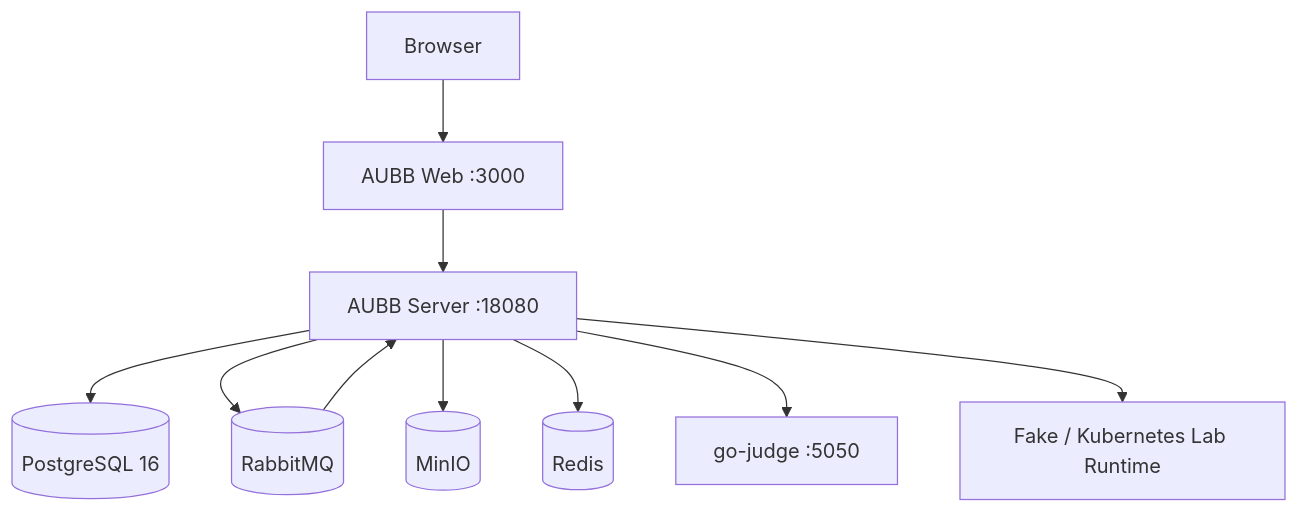
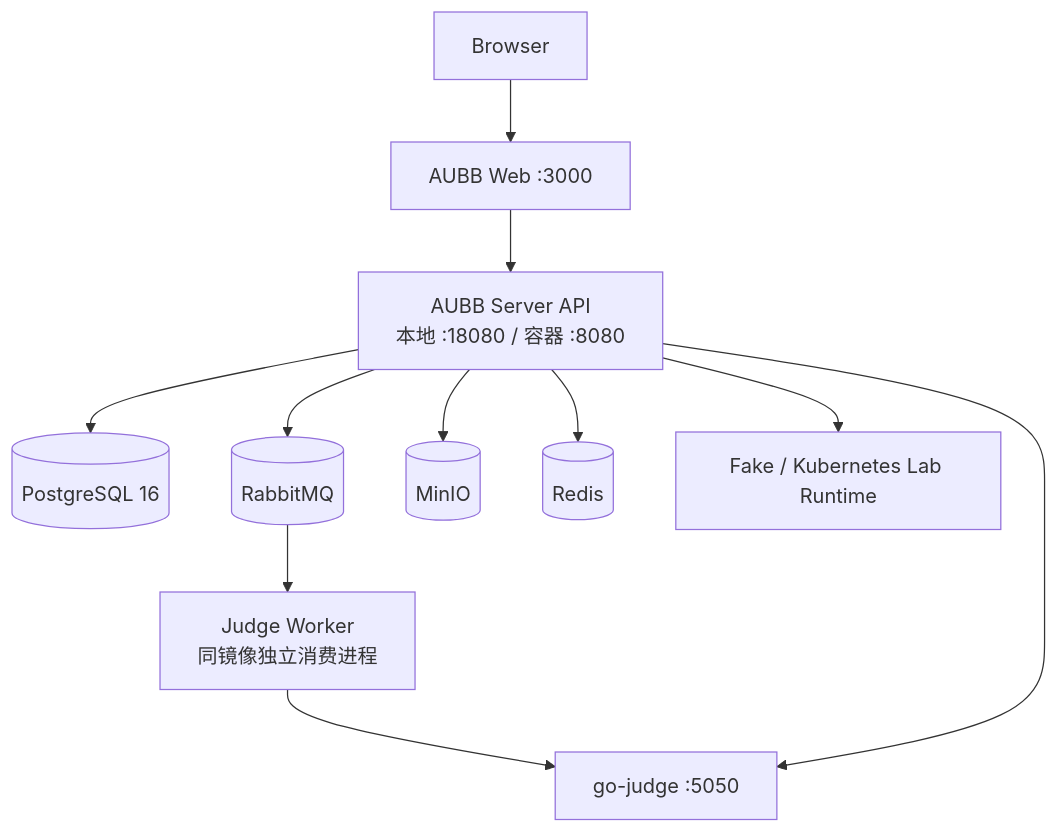
Before and after one commit to BUAA-SEProject/docs: the diagram in 02-process-docs/deployment-guide.md, drawn with Mermaid. The commit also changed other lines of this file and 9 other files, not shown here.

````diff
--- a/02-process-docs/deployment-guide.md
+++ b/02-process-docs/deployment-guide.md
@@ -29,22 +29,24 @@
 ```mermaid
 flowchart TB
   Browser["Browser"]
   Web["AUBB Web :3000"]
-  API["AUBB Server :18080"]
+  API["AUBB Server API<br/>本地 :18080 / 容器 :8080"]
+  Worker["Judge Worker<br/>同镜像独立消费进程"]
   DB[(PostgreSQL 16)]
   MQ[(RabbitMQ)]
   S3[(MinIO)]
   Redis[(Redis)]
   Judge["go-judge :5050"]
   Lab["Fake / Kubernetes Lab Runtime"]
 
   Browser --> Web
   Web --> API
   API --> DB
   API --> MQ
   API --> S3
   API --> Redis
-  MQ --> API
+  MQ --> Worker
+  Worker --> Judge
   API --> Judge
   API --> Lab
 ```
````
